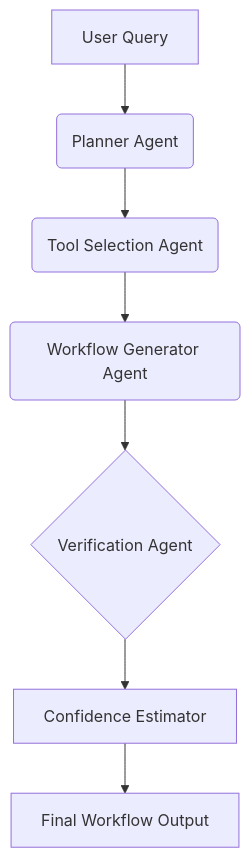
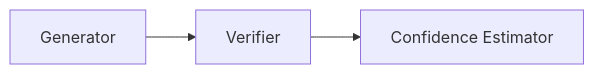
One commit to abubinfahd/BioAgents changed the diagram in README.md. Above: the diagram before and after it, drawn with Mermaid. The commit also changed other lines of this file and 2 other files, not shown here.

````diff
--- a/README.md
+++ b/README.md
@@ -14,9 +21,5 @@
 ```mermaid
-flowchart TD
-    A[User Query] --> B(Planner Agent)
-    B --> C(Tool Selection Agent)
-    C --> D(Workflow Generator Agent)
-    D --> E{Verification Agent}
-    E --> F[Confidence Estimator]
-    F --> G[Final Workflow Output]
+flowchart LR
+    A[Generator] --> B[Verifier]
+    B --> C[Confidence Estimator]
 ```
````
